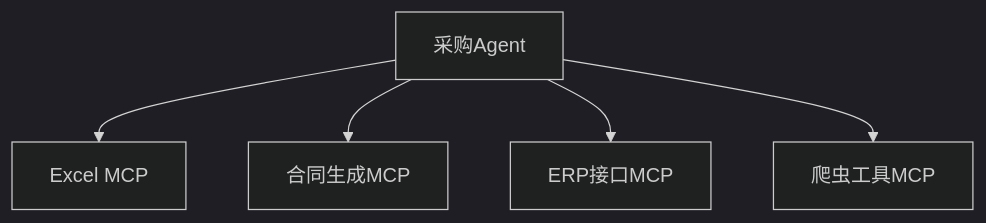
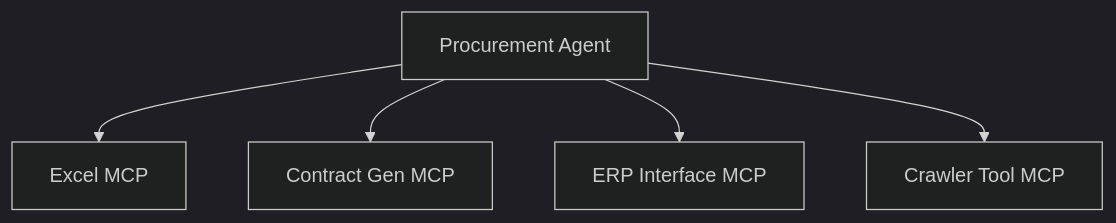
The first of 7 diagrams in profile/README.md (A2C-SMCP/.github), drawn with Mermaid (dark theme) before and after one commit. The commit also changed other lines of this file and 2 other files, not shown here.

````diff
--- a/profile/README.md
+++ b/profile/README.md
@@ -26,7 +30,7 @@
 ```mermaid
 graph TD
-    A[采购Agent] --> B[Excel MCP]
-    A --> C[合同生成MCP]
-    A --> D[ERP接口MCP]
-    A --> E[爬虫工具MCP]
+    A[Procurement Agent] --> B[Excel MCP]
+    A --> C[Contract Gen MCP]
+    A --> D[ERP Interface MCP]
+    A --> E[Crawler Tool MCP]
 ```
````
